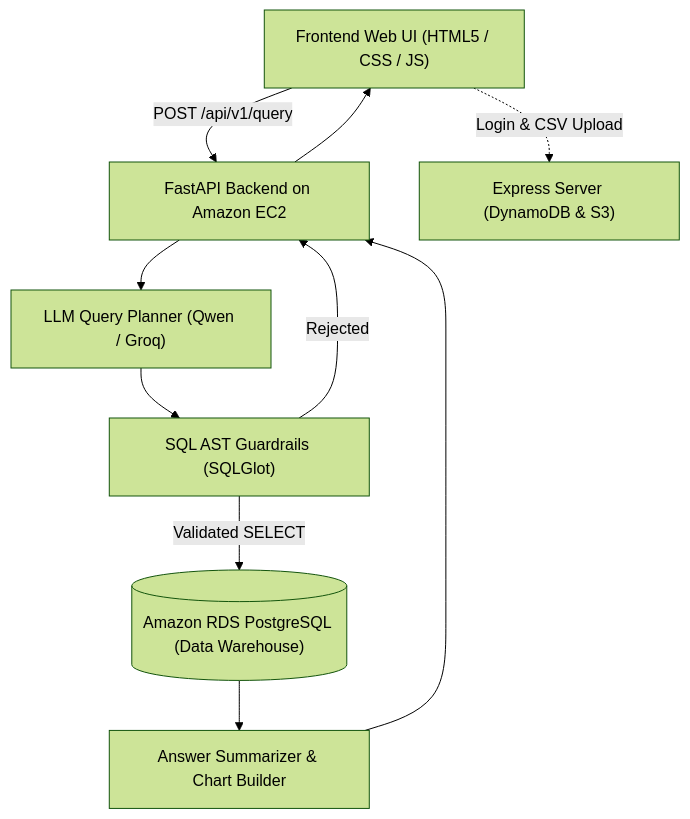
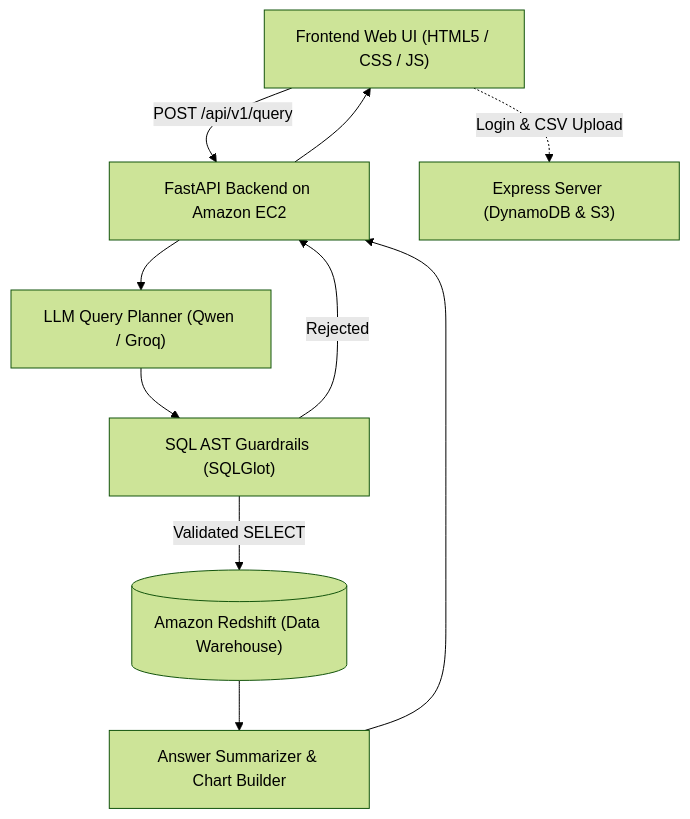
One commit to paldee/CLOUD changed the diagram in README.md. Above: the diagram before and after it, drawn with Mermaid (forest theme). The commit also changed other lines of this file and 3 other files, not shown here.

````diff
--- a/README.md
+++ b/README.md
@@ -13,12 +13,12 @@
 ```mermaid
 flowchart TD
     UI["Frontend Web UI (HTML5 / CSS / JS)"] -->|POST /api/v1/query| API["FastAPI Backend on Amazon EC2"]
     API --> PLAN["LLM Query Planner (Qwen / Groq)"]
     PLAN --> GUARD["SQL AST Guardrails (SQLGlot)"]
     GUARD -->|Rejected| API
-    GUARD -->|Validated SELECT| RDS[("Amazon RDS PostgreSQL (Data Warehouse)")]
+    GUARD -->|Validated SELECT| RDS[("Amazon Redshift (Data Warehouse)")]
     RDS --> SUMMARY["Answer Summarizer & Chart Builder"]
     SUMMARY --> API
     API --> UI
     UI -.->|Login & CSV Upload| NODE["Express Server (DynamoDB & S3)"]
 ```
````
